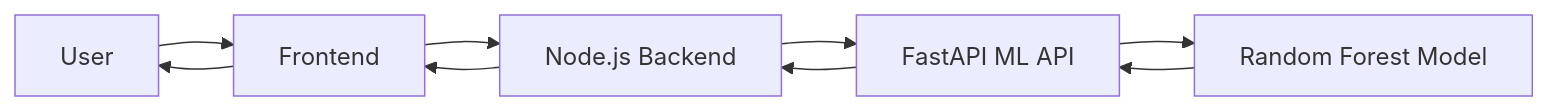
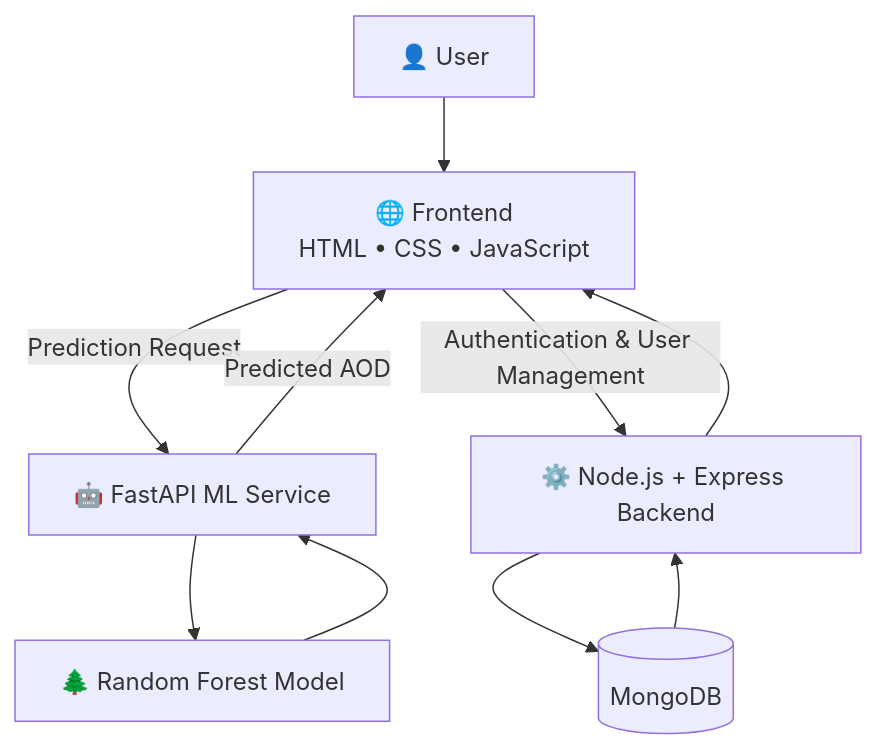
Before and after one commit to prajyoth2006/AOD-PREDICTOR: the first of 3 diagrams in README.md, drawn with Mermaid. The commit also changed other lines of this file, not shown here.

Commit message:
Updated readme file

````diff
--- a/README.md
+++ b/README.md
@@ -72,21 +72,23 @@
 ```mermaid
-graph LR
+graph TD
 
-A[User]
+    A[👤 User]
 
---> B[Frontend]
+    A --> B[🌐 Frontend<br>HTML • CSS • JavaScript]
 
-B --> C[Node.js Backend]
+    B -->|Prediction Request| C[🤖 FastAPI ML Service]
 
-C --> D[FastAPI ML API]
+    C --> D[🌲 Random Forest Model]
 
-D --> E[Random Forest Model]
+    D --> C
 
-E --> D
+    C -->|Predicted AOD| B
 
-D --> C
+    B -->|Authentication & User Management| E[⚙️ Node.js + Express Backend]
 
-C --> B
+    E --> F[(MongoDB)]
 
-B --> A
+    F --> E
+
+    E --> B
 ```
````
